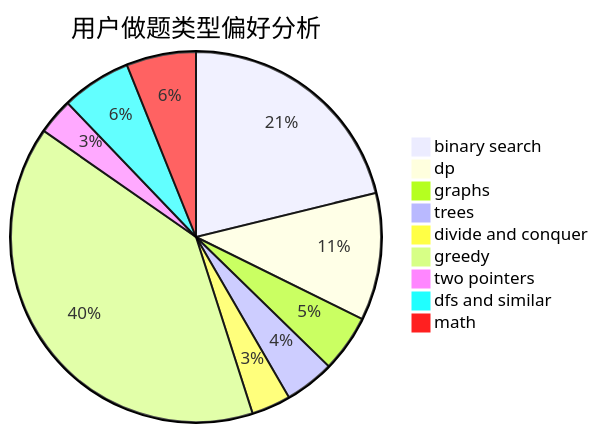
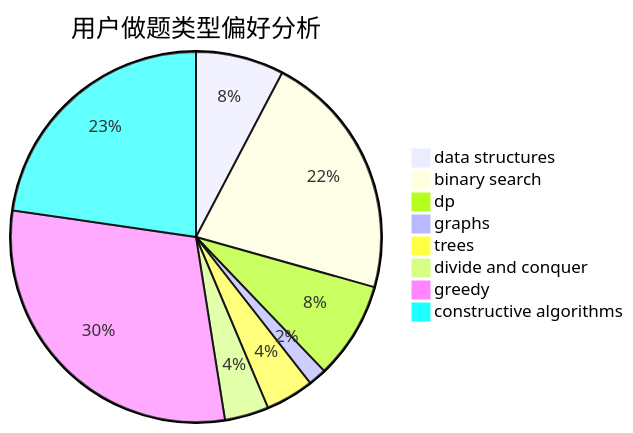
Before and after one commit to sherpahu/cfrs.github.io: the second of 3 diagrams in docs/user/u56.md, drawn with Mermaid. The commit also changed other lines of this file and 2775 other files, not shown here.

````diff
--- a/docs/user/u56.md
+++ b/docs/user/u56.md
@@ -23,12 +23,11 @@
 ```mermaid
 pie title 用户做题类型偏好分析
-    "binary search" :  390
-    "dp" :  205
-    "graphs" :  92
-    "trees" :  80
+    "data structures" :  126
+    "binary search" :  355
+    "dp" :  139
+    "graphs" :  26
+    "trees" :  69
     "divide and conquer" :  63
-    "greedy" :  730
-    "two pointers" :  58
-    "dfs and similar" :  112
-    "math" :  112
+    "greedy" :  488
+    "constructive algorithms" :  372
 ```
````
